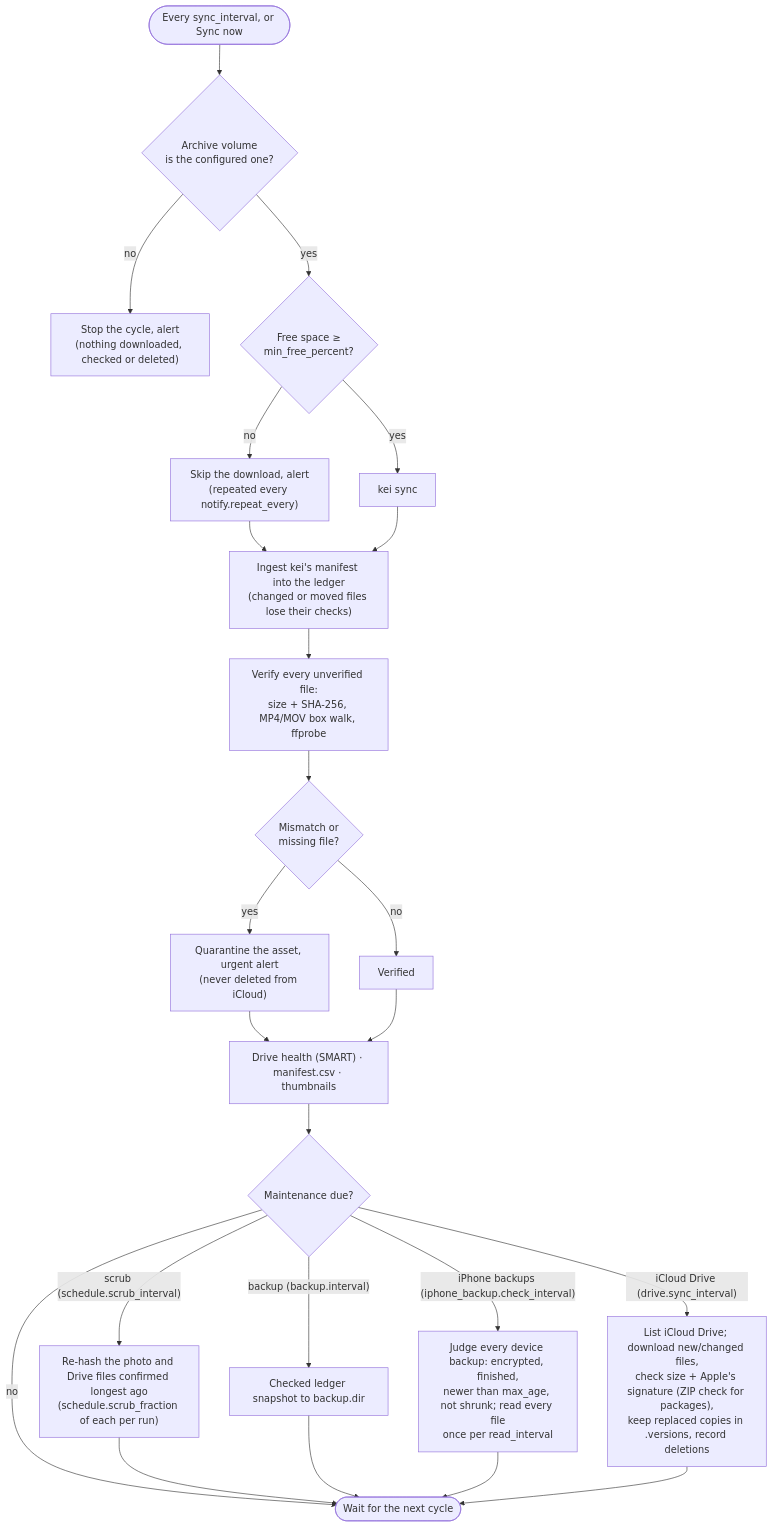
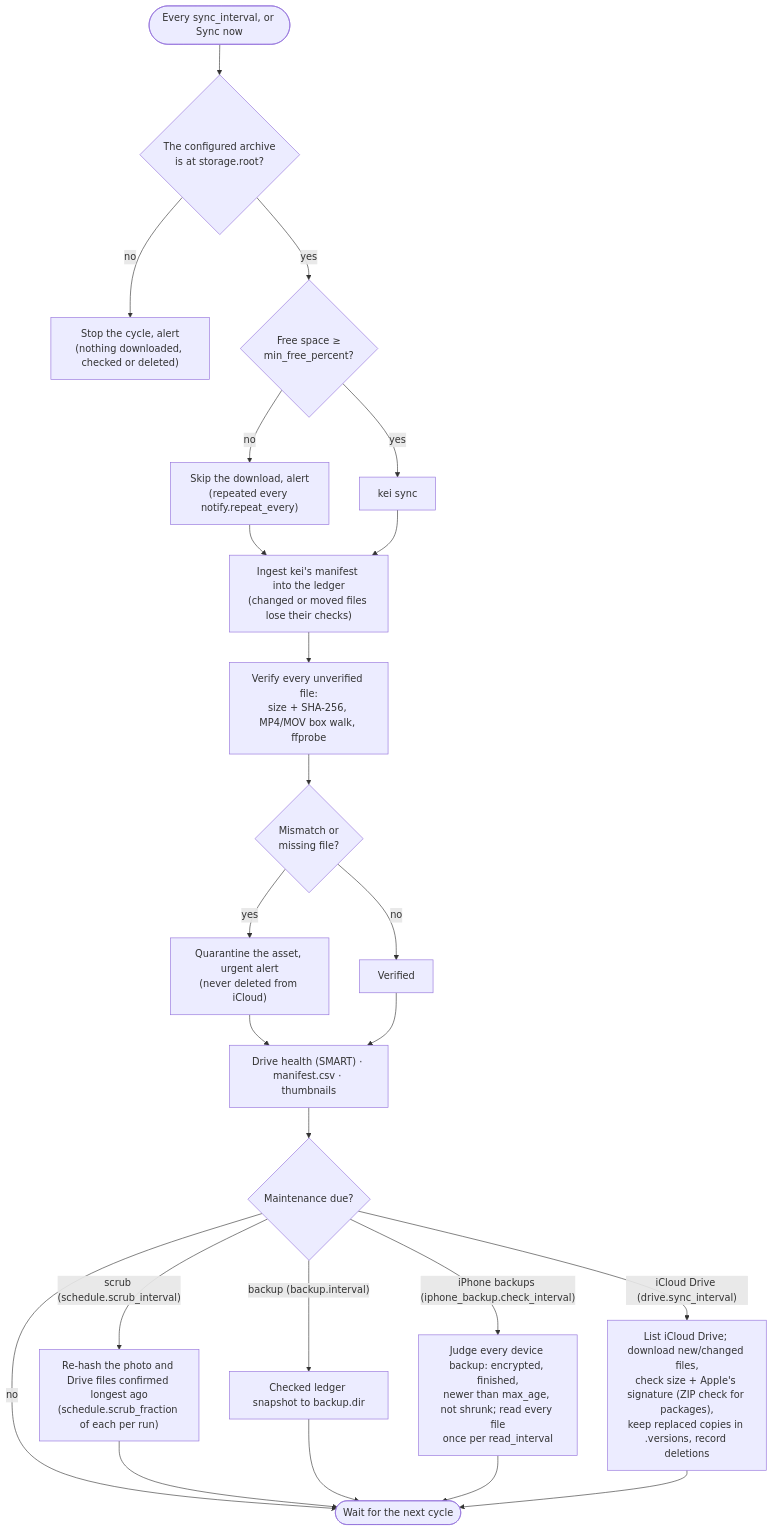
The second of 2 diagrams in README.md (vasilistotskas/homecloud), drawn with Mermaid before and after one commit. The commit also changed other lines of this file and 48 other files, not shown here.

First line of the commit message:
feat!: identify the archive by a marker file instead of its volume

````diff
--- a/README.md
+++ b/README.md
@@ -83,26 +83,26 @@
 ```mermaid
 flowchart TD
-    start(["Every sync_interval, or Sync now"]) --> vol{"Archive volume<br/>is the configured one?"}
+    start(["Every sync_interval, or Sync now"]) --> vol{"The configured archive<br/>is at storage.root?"}
     vol -- no --> stop["Stop the cycle, alert<br/>(nothing downloaded, checked or deleted)"]
     vol -- yes --> space{"Free space ≥<br/>min_free_percent?"}
     space -- no --> skip["Skip the download, alert<br/>(repeated every notify.repeat_every)"]
     space -- yes --> kei["kei sync"]
     skip --> ingest
     kei --> ingest["Ingest kei's manifest into the ledger<br/>(changed or moved files lose their checks)"]
     ingest --> verify["Verify every unverified file:<br/>size + SHA-256, MP4/MOV box walk, ffprobe"]
     verify --> bad{"Mismatch or<br/>missing file?"}
     bad -- yes --> q["Quarantine the asset, urgent alert<br/>(never deleted from iCloud)"]
     bad -- no --> ok["Verified"]
     q --> after
     ok --> after["Drive health (SMART) · manifest.csv · thumbnails"]
     after --> due{"Maintenance due?"}
     due -- "scrub (schedule.scrub_interval)" --> scrub["Re-hash the photo and Drive files confirmed longest ago<br/>(schedule.scrub_fraction of each per run)"]
     due -- "iCloud Drive (drive.sync_interval)" --> dsync["List iCloud Drive; download new/changed files,<br/>check size + Apple's signature (ZIP check for packages),<br/>keep replaced copies in .versions, record deletions"]
     due -- "backup (backup.interval)" --> snap["Checked ledger snapshot to backup.dir"]
     due -- "iPhone backups (iphone_backup.check_interval)" --> phone["Judge every device backup: encrypted, finished,<br/>newer than max_age, not shrunk; read every file<br/>once per read_interval"]
     due -- no --> wait(["Wait for the next cycle"])
     scrub --> wait
     snap --> wait
     phone --> wait
     dsync --> wait
 ```
````
